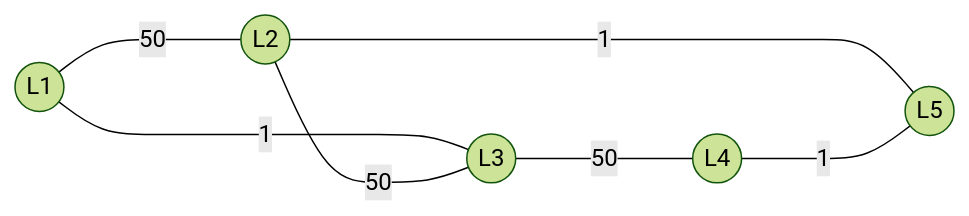
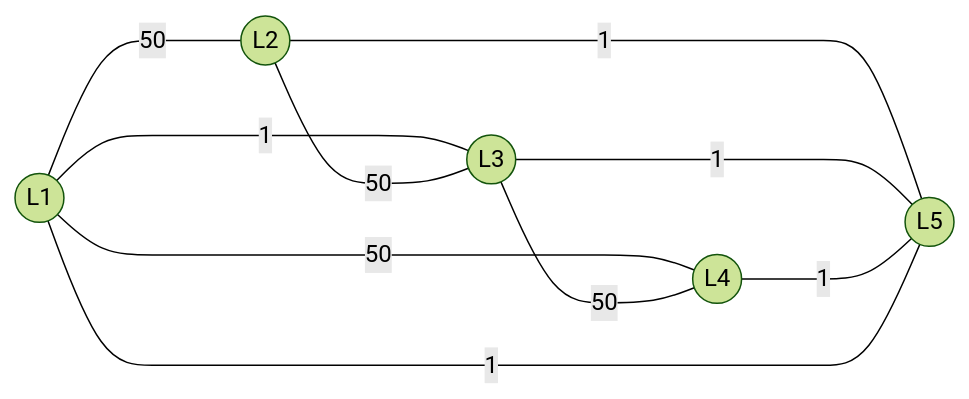
Before and after one commit to ttl-ungs/order-picking-optimization: the eighth of 10 diagrams in tests/opp/doc/test_cases.md, drawn with Mermaid (forest theme). The commit also changed 1 other file, not shown here.

Commit message:
Update G8

````diff
--- a/tests/opp/doc/test_cases.md
+++ b/tests/opp/doc/test_cases.md
@@ -88,9 +88,12 @@
 ```mermaid
 graph LR
     L1((L1)) ----|50| L2((L2))
     L1 ----|1| L3((L3))
+    L1 ----|50| L4((L4))
     L2 ----|50| L3
-    L3 ----|50| L4((L4))
     L2 ----|1| L5((L5))
+    L3 ----|50| L4
+    L3 ----|1| L5
     L4 ----|1| L5
+    L1 ---|1|L5
 ```
````
